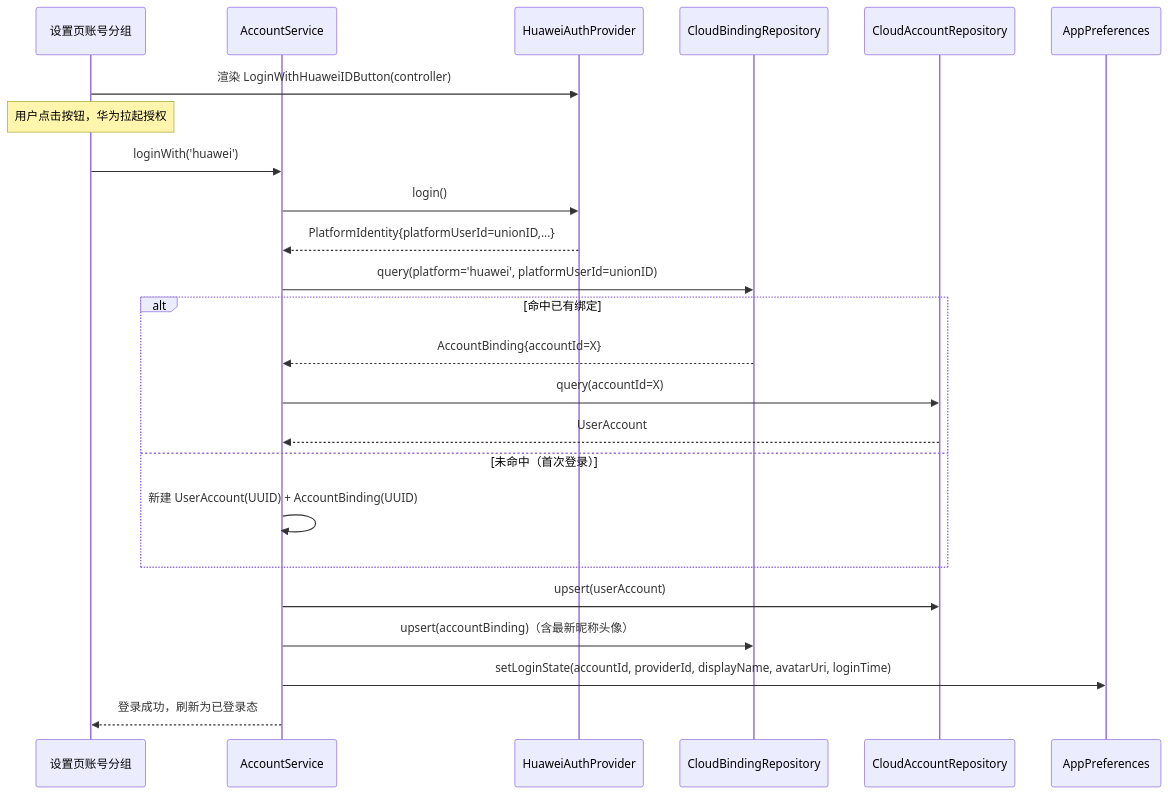
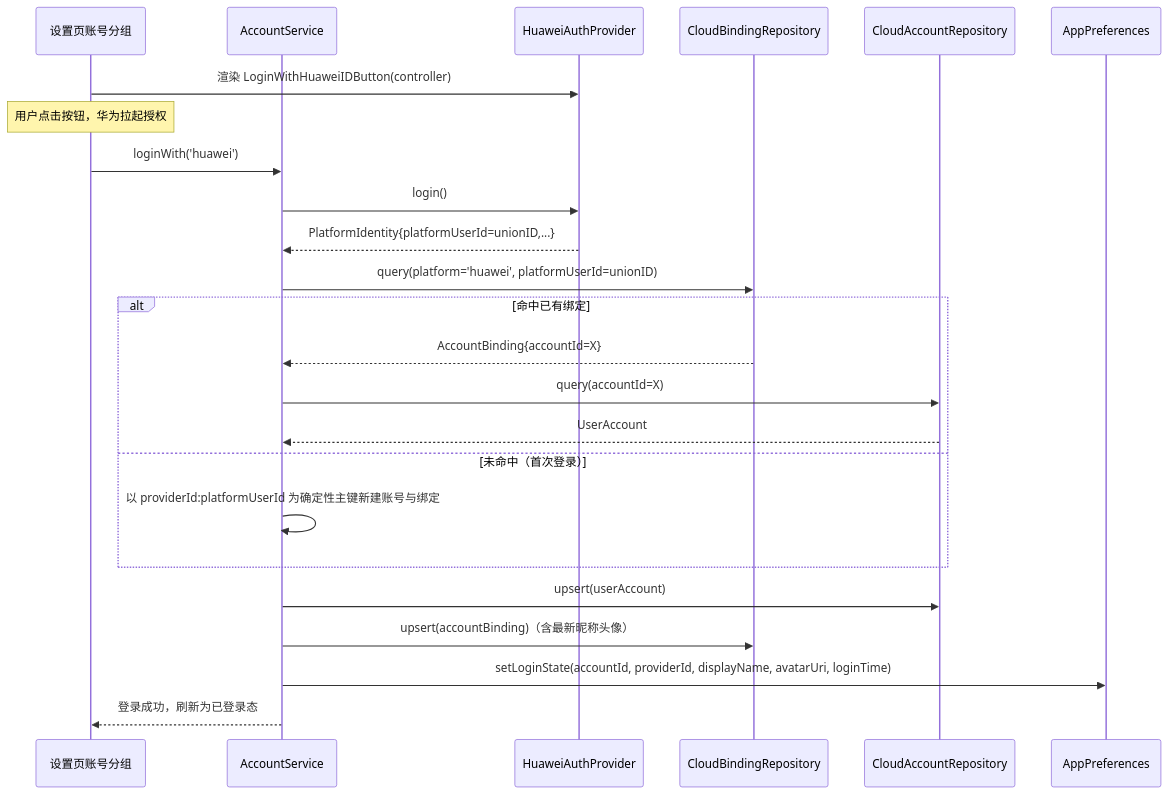
One commit to yaoshining/vidall-tv changed the first of 2 diagrams in openspec/changes/add-huawei-account-login/design.md. Above: the diagram before and after it, drawn with Mermaid. The commit also changed other lines of this file and 8 other files, not shown here.

````diff
--- a/openspec/changes/add-huawei-account-login/design.md
+++ b/openspec/changes/add-huawei-account-login/design.md
@@ -195,27 +195,27 @@
 ```mermaid
 sequenceDiagram
   participant UI as 设置页账号分组
   participant AS as AccountService
   participant HP as HuaweiAuthProvider
   participant CBR as CloudBindingRepository
   participant CAR as CloudAccountRepository
   participant AP as AppPreferences
 
   UI->>HP: 渲染 LoginWithHuaweiIDButton(controller)
   Note over UI: 用户点击按钮，华为拉起授权
   UI->>AS: loginWith('huawei')
   AS->>HP: login()
   HP-->>AS: PlatformIdentity{platformUserId=unionID,...}
   AS->>CBR: query(platform='huawei', platformUserId=unionID)
   alt 命中已有绑定
     CBR-->>AS: AccountBinding{accountId=X}
     AS->>CAR: query(accountId=X)
     CAR-->>AS: UserAccount
   else 未命中（首次登录）
-    AS->>AS: 新建 UserAccount(UUID) + AccountBinding(UUID)
+    AS->>AS: 以 providerId:platformUserId 为确定性主键新建账号与绑定
   end
   AS->>CAR: upsert(userAccount)
   AS->>CBR: upsert(accountBinding)（含最新昵称头像）
   AS->>AP: setLoginState(accountId, providerId, displayName, avatarUri, loginTime)
   AS-->>UI: 登录成功，刷新为已登录态
 ```
````
